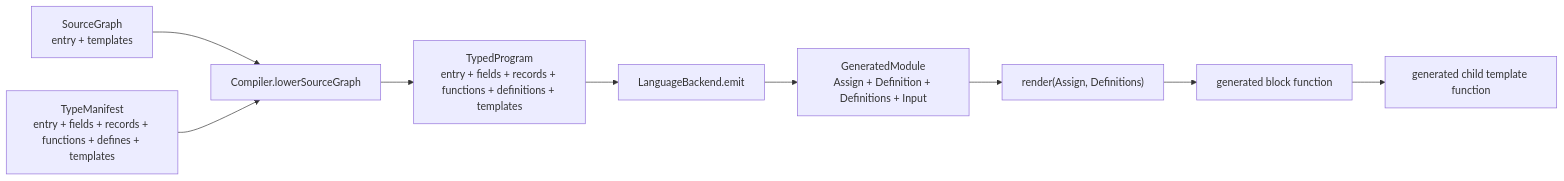
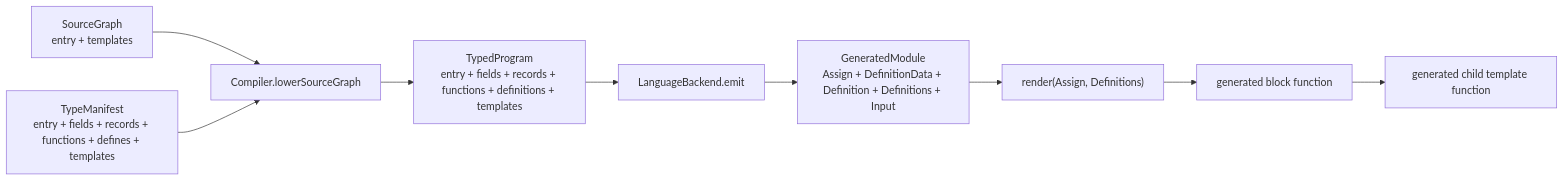
Before and after one commit to polyspec/template: the diagram in tools/compiler/generated/compiler-architecture.mmd, drawn with Mermaid. The commit also changed 22 other files, not shown here.

Commit message:
Preserve partial definition data in generated code

```diff
--- a/tools/compiler/generated/compiler-architecture.mmd
+++ b/tools/compiler/generated/compiler-architecture.mmd
@@ -1,9 +1,9 @@
 flowchart LR
   SourceGraph["SourceGraph<br/>entry + templates"] --> Lower["Compiler.lowerSourceGraph"]
   TypeManifest["TypeManifest<br/>entry + fields + records + functions + defines + templates"] --> Lower
   Lower --> TypedProgram["TypedProgram<br/>entry + fields + records + functions + definitions + templates"]
   TypedProgram --> Emit["LanguageBackend.emit"]
-  Emit --> GeneratedModule["GeneratedModule<br/>Assign + Definition<T> + Definitions + Input<T>"]
+  Emit --> GeneratedModule["GeneratedModule<br/>Assign + DefinitionData<T> + Definition<T> + Definitions + Input<T>"]
   GeneratedModule --> Render["render(Assign, Definitions)"]
   Render --> Block["generated block function"]
   Block --> Child["generated child template function"]
```
